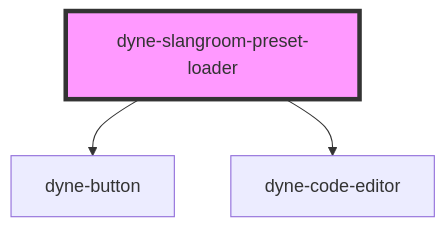
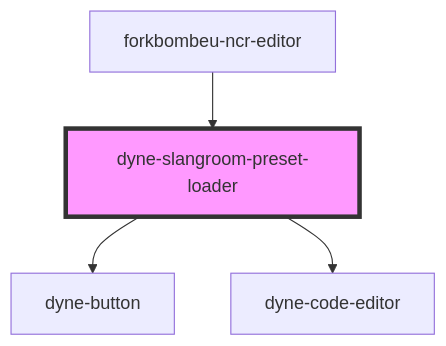
Before and after one commit to dyne/components: the diagram in src/components/dyne-slangroom-preset-loader/readme.md, drawn with Mermaid. The commit also changed other lines of this file and 11 other files, not shown here.

First line of the commit message:
feat: first draft of forkbombeu-ncr-editor

````diff
--- a/src/components/dyne-slangroom-preset-loader/readme.md
+++ b/src/components/dyne-slangroom-preset-loader/readme.md
@@ -25,6 +29,7 @@
 ```mermaid
 graph TD;
   dyne-slangroom-preset-loader --> dyne-button
   dyne-slangroom-preset-loader --> dyne-code-editor
+  forkbombeu-ncr-editor --> dyne-slangroom-preset-loader
   style dyne-slangroom-preset-loader fill:#f9f,stroke:#333,stroke-width:4px
 ```
````
